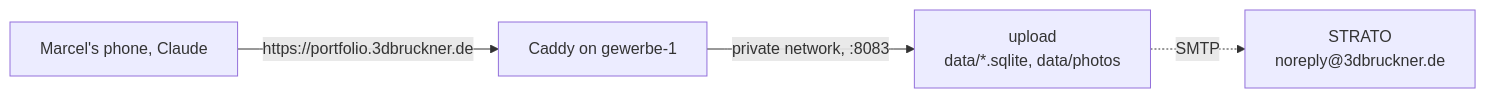
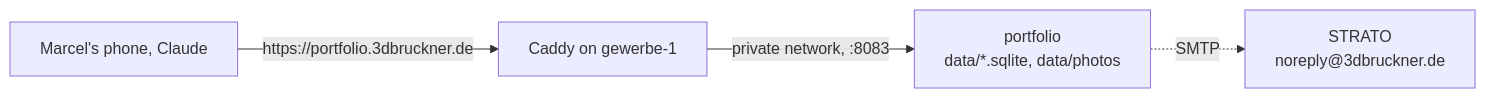
One commit to 3D-Bruckner/stacks changed the diagram in docs/operations.md. Above: the diagram before and after it, drawn with Mermaid. The commit also changed other lines of this file and 5 other files, not shown here.

````diff
--- a/docs/operations.md
+++ b/docs/operations.md
@@ -5,6 +5,6 @@
 ```mermaid
 flowchart LR
   P["Marcel's phone, Claude"] -- "https://portfolio.3dbruckner.de" --> C["Caddy on gewerbe-1"]
-  C -- "private network, :8083" --> U["upload<br/>data/*.sqlite, data/photos"]
+  C -- "private network, :8083" --> U["portfolio<br/>data/*.sqlite, data/photos"]
   U -. "SMTP" .-> M["STRATO<br/>noreply@3dbruckner.de"]
 ```
````
